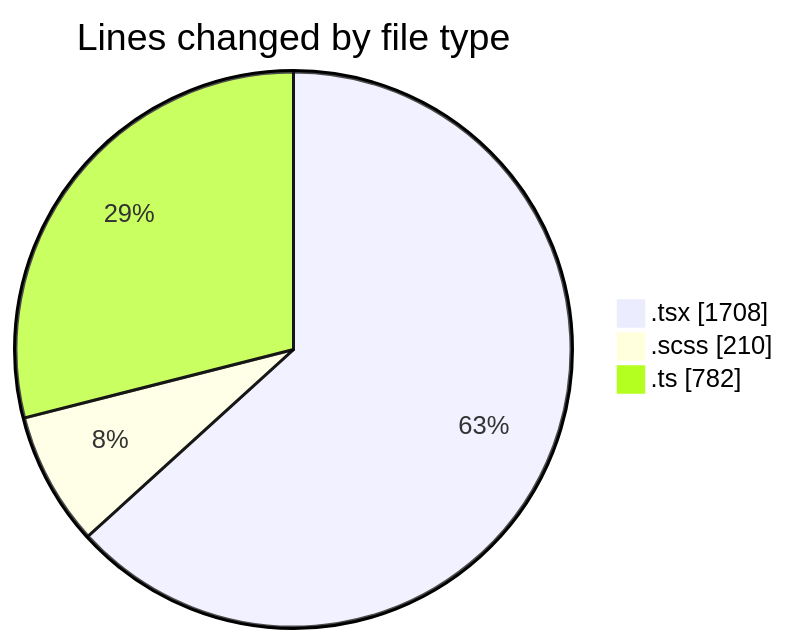
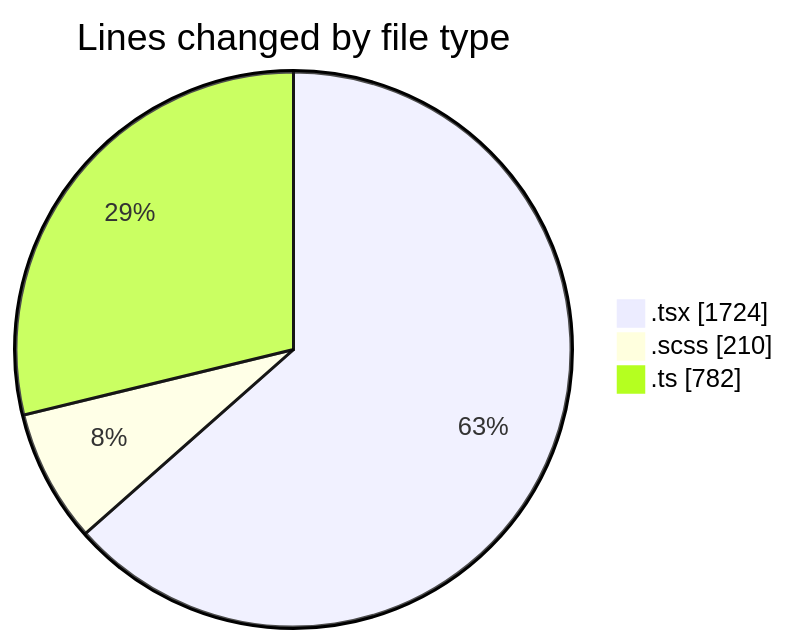
One commit to momahboobian/code-tracking changed the first of 2 diagrams in 2026-05-11/cda/README.md. Above: the diagram before and after it, drawn with Mermaid. The commit also changed other lines of this file and 1 other file, not shown here.

````diff
--- a/2026-05-11/cda/README.md
+++ b/2026-05-11/cda/README.md
@@ -36,7 +36,7 @@
 ```mermaid
 pie showData
 title Lines changed by file type
-".tsx" : 1708
+".tsx" : 1724
 ".scss" : 210
 ".ts" : 782
 ```
````
